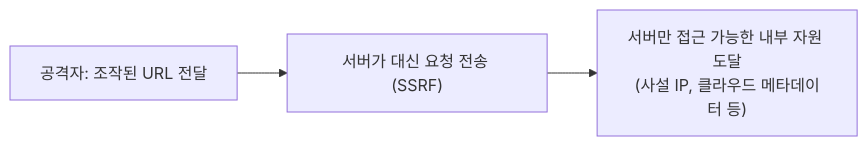
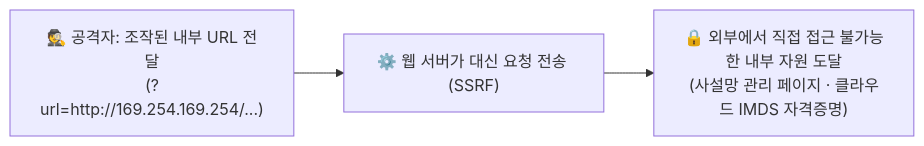
The second of 2 diagrams in content/웹취약점/웹 취약점 진단 기법 입문 — XXE, SSRF부터 SQLi, XSS까지.md (gooyong-sec/gooyong-sec.github.io), drawn with Mermaid before and after one commit. The commit also changed other lines of this file and 68 other files, not shown here.

````diff
--- a/content/웹취약점/웹 취약점 진단 기법 입문 — XXE, SSRF부터 SQLi, XSS까지.md
+++ b/content/웹취약점/웹 취약점 진단 기법 입문 — XXE, SSRF부터 SQLi, XSS까지.md
@@ -64,5 +78,5 @@
 ```mermaid
 flowchart LR
-    A["공격자: 조작된 URL 전달"] --> B["서버가 대신 요청 전송 (SSRF)"]
-    B --> C["서버만 접근 가능한 내부 자원 도달<br/>(사설 IP, 클라우드 메타데이터 등)"]
+    A["🕵️ 공격자: 조작된 내부 URL 전달<br/>(?url=http://169.254.169.254/...)"] --> B["⚙️ 웹 서버가 대신 요청 전송 (SSRF)"]
+    B --> C["🔒 외부에서 직접 접근 불가능한 내부 자원 도달<br/>(사설망 관리 페이지 · 클라우드 IMDS 자격증명)"]
 ```
````
